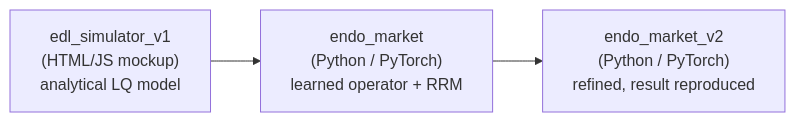
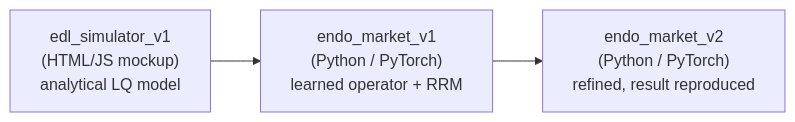
One commit to vignesh-nagarajan-vn/REFLEX changed the diagram in README.md. Above: the diagram before and after it, drawn with Mermaid. The commit also changed other lines of this file and 38 other files, not shown here.

First line of the commit message:
Rename endo_market -> endo_market_v1

````diff
--- a/README.md
+++ b/README.md
@@ -78,6 +78,6 @@
 ```mermaid
 flowchart LR
     A["edl_simulator_v1<br/>(HTML/JS mockup)<br/>analytical LQ model"]
-      --> B["endo_market<br/>(Python / PyTorch)<br/>learned operator + RRM"]
+      --> B["endo_market_v1<br/>(Python / PyTorch)<br/>learned operator + RRM"]
       --> C["endo_market_v2<br/>(Python / PyTorch)<br/>refined, result reproduced"]
 ```
````
